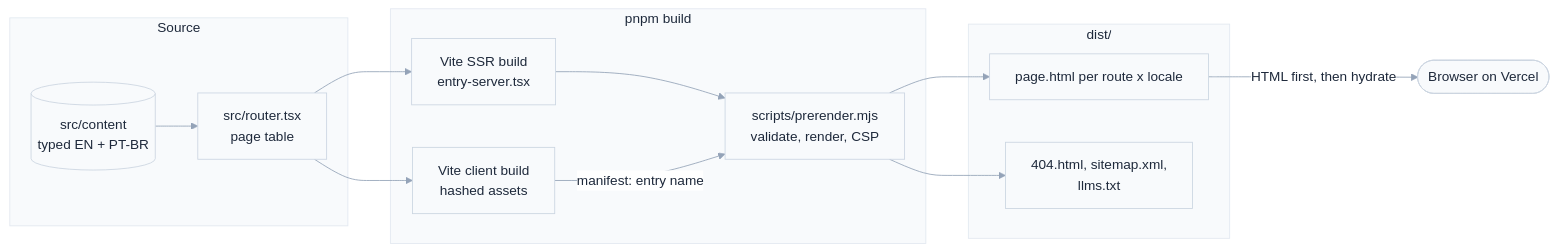
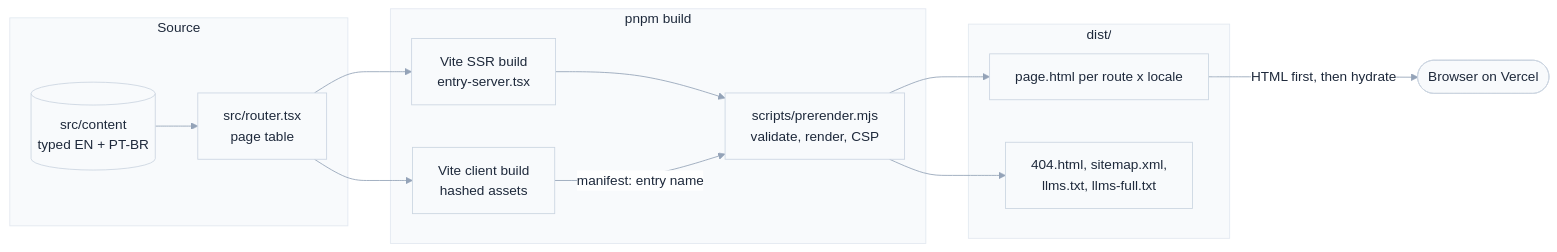
Before and after one commit to gmartins-dev/portfolio-v4: the diagram in docs/architecture.md, drawn with Mermaid. The commit also changed other lines of this file and 14 other files, not shown here.

First line of the commit message:
feat: other case studies, llms-full.txt and a richer Person

````diff
--- a/docs/architecture.md
+++ b/docs/architecture.md
@@ -13,38 +13,38 @@
 ```mermaid
 %%{init: {'theme': 'base', 'themeVariables': {
   'primaryColor': '#fdf1e9', 'primaryTextColor': '#1e293b',
   'primaryBorderColor': '#c2541f', 'lineColor': '#94a3b8',
   'secondaryColor': '#ecfdf5', 'tertiaryColor': '#f1f5f9',
   'background': '#ffffff', 'mainBkg': '#f8fafc',
   'nodeBorder': '#cbd5e1', 'clusterBkg': '#f8fafc',
   'clusterBorder': '#e2e8f0', 'titleColor': '#1e293b',
   'edgeLabelBackground': '#ffffff', 'textColor': '#334155'
 }}}%%
 flowchart LR
     subgraph source [Source]
         content[(src/content<br/>typed EN + PT-BR)]
         routes[src/router.tsx<br/>page table]
     end
 
     subgraph build [pnpm build]
         clientBuild[Vite client build<br/>hashed assets]
         ssrBuild[Vite SSR build<br/>entry-server.tsx]
         prerender[scripts/prerender.mjs<br/>validate, render, CSP]
     end
 
     subgraph output [dist/]
         pages[page.html per route x locale]
-        extras[404.html, sitemap.xml,<br/>llms.txt]
+        extras[404.html, sitemap.xml,<br/>llms.txt, llms-full.txt]
     end
 
     browser([Browser on Vercel])
 
     content --> routes
     routes --> clientBuild
     routes --> ssrBuild
     ssrBuild --> prerender
     clientBuild -->|manifest: entry name| prerender
     prerender --> pages
     prerender --> extras
     pages -->|HTML first, then hydrate| browser
 ```
````
